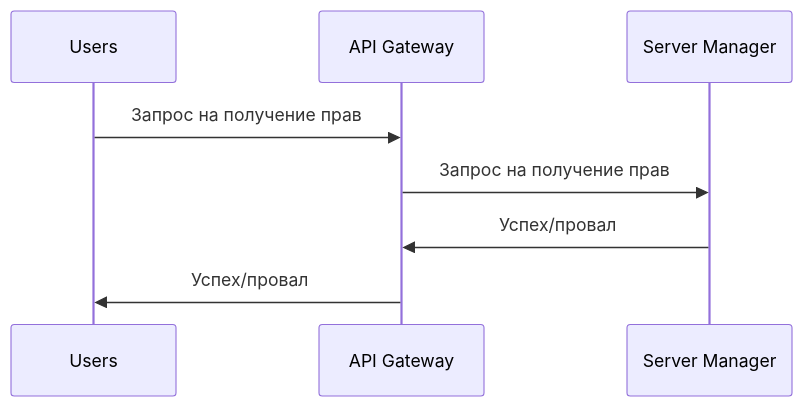
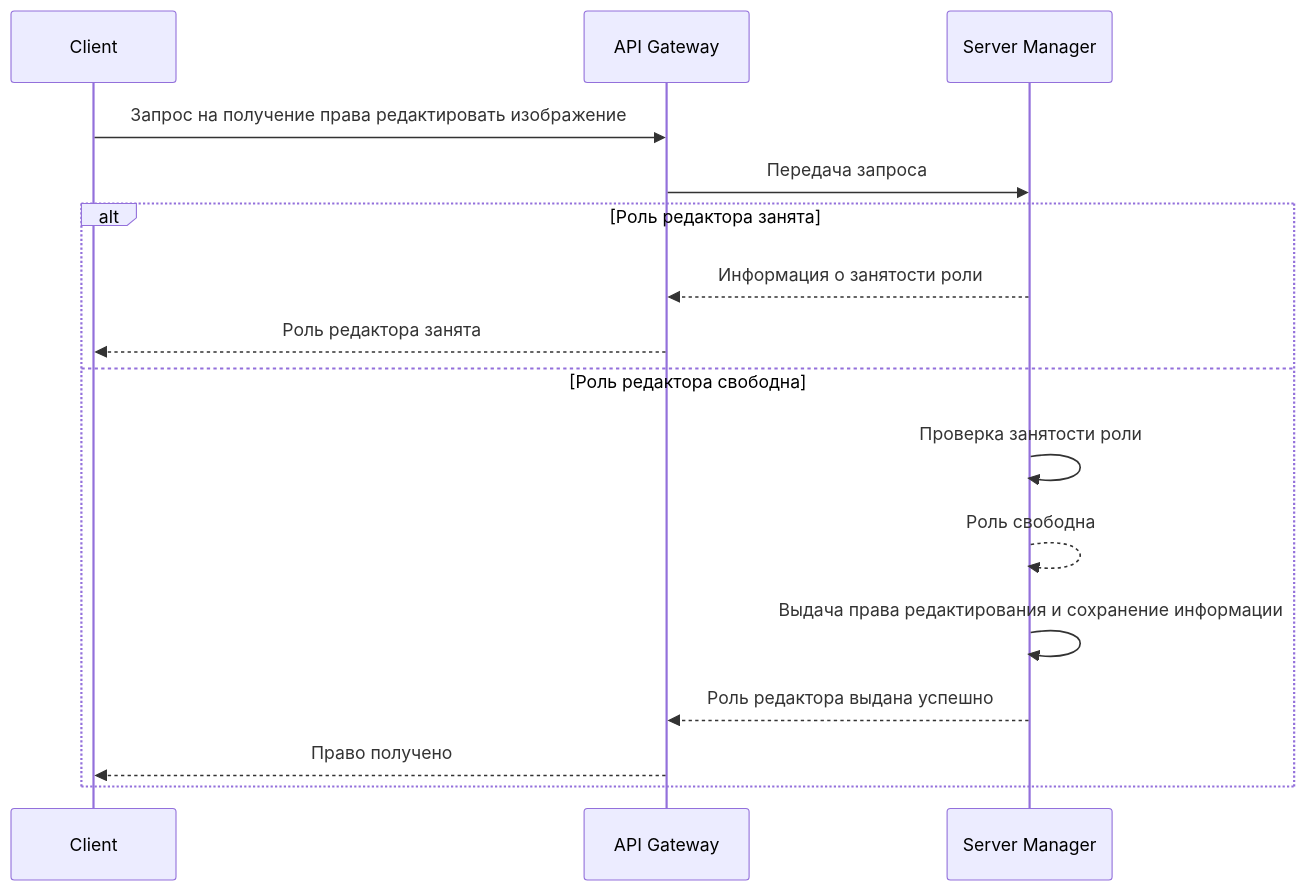
The sixth of 7 diagrams in docs/tr.md (spbu-ds-practicum-2025/dev), drawn with Mermaid before and after one commit. The commit also changed other lines of this file, not shown here.

````diff
--- a/docs/tr.md
+++ b/docs/tr.md
@@ -239,10 +259,20 @@
 ```mermaid
 sequenceDiagram
-    participant Users
-    participant API Gateway
+    participant Client 
+    participant API Gateway 
     participant Server Manager
-    Users->>API Gateway: Запрос на получение прав
-    API Gateway->>Server Manager: Запрос на получение прав
-    Server Manager->>API Gateway: Успех/провал
-    API Gateway->>Users: Успех/провал
+
+    Client->> API Gateway: Запрос на получение права редактировать изображение
+    API Gateway ->> Server Manager: Передача запроса
+
+    alt Роль редактора занята
+        Server Manager -->> API Gateway: Информация о занятости роли
+        API Gateway -->> Client: Роль редактора занята
+    else Роль редактора свободна
+        Server Manager ->> Server Manager: Проверка занятости роли
+        Server Manager -->> Server Manager: Роль свободна
+        Server Manager ->> Server Manager: Выдача права редактирования и сохранение информации
+        Server Manager -->> API Gateway: Роль редактора выдана успешно
+        API Gateway -->> Client: Право получено
+    end
 ```
````
